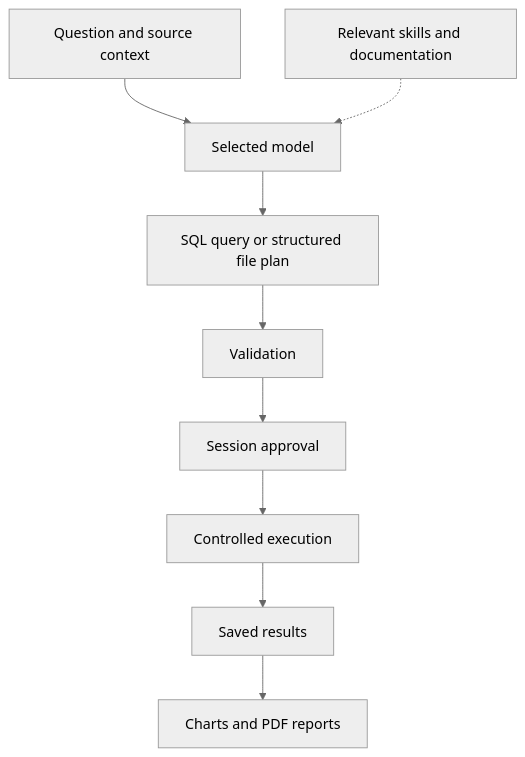
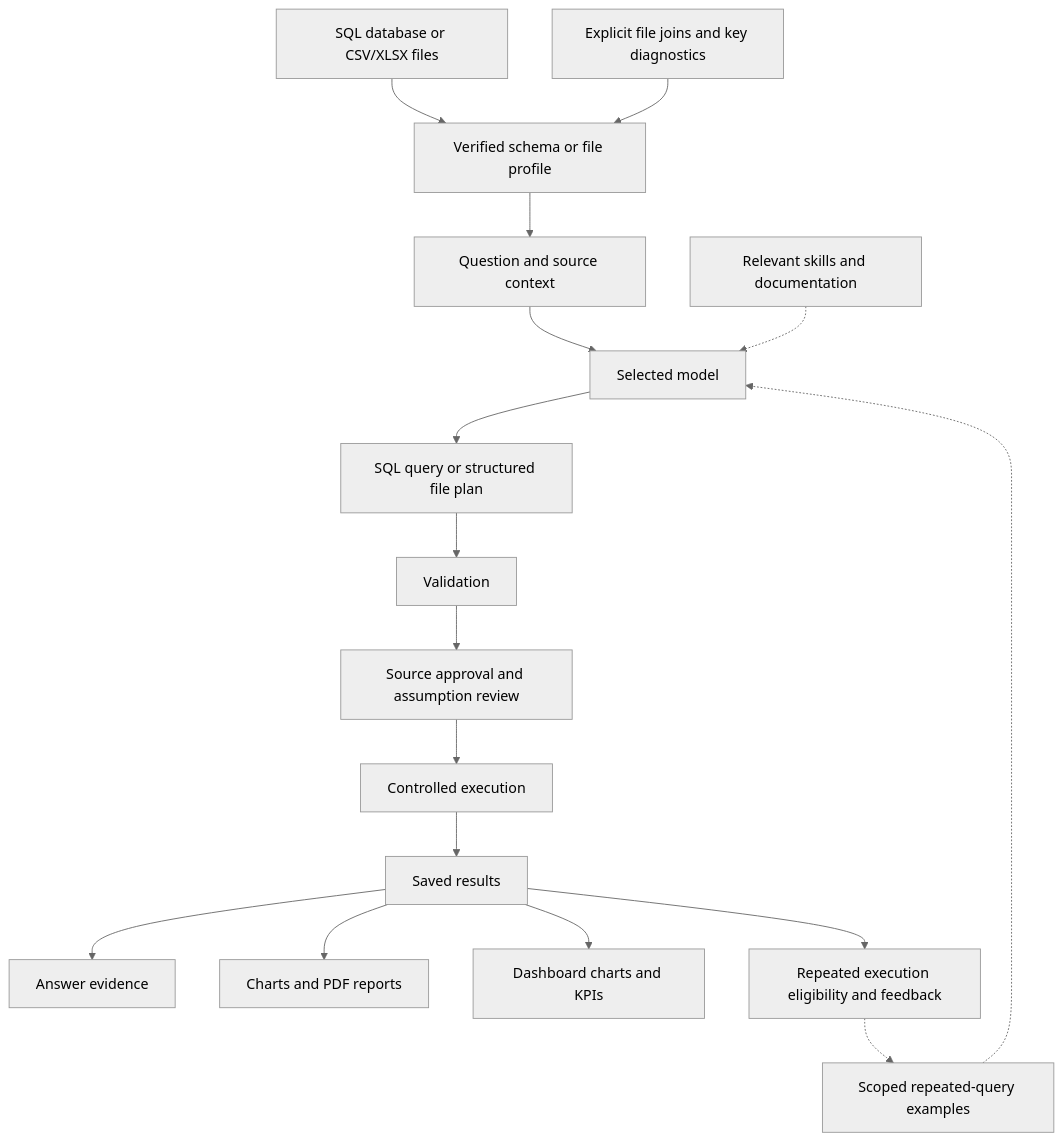
Before and after one commit to AbdullahPoet/DataPilot: the diagram in README.md, drawn with Mermaid (neutral theme). The commit also changed other lines of this file, not shown here.

Commit message:
docs(readme): document joined analysis dashboards and query learning

````diff
--- a/README.md
+++ b/README.md
@@ -191,11 +237,19 @@
 ```mermaid
 flowchart TD
-    A[Question and source context] --> B[Selected model]
+    S[SQL database or CSV/XLSX files] --> P[Verified schema or file profile]
+    J[Explicit file joins and key diagnostics] --> P
+    P --> A[Question and source context]
+    A --> B[Selected model]
     C[Relevant skills and documentation] -.-> B
+    L[Scoped repeated-query examples] -.-> B
     B --> D[SQL query or structured file plan]
     D --> E[Validation]
-    E --> F[Session approval]
+    E --> F[Source approval and assumption review]
     F --> G[Controlled execution]
     G --> H[Saved results]
+    H --> V[Answer evidence]
     H --> I[Charts and PDF reports]
+    H --> K[Dashboard charts and KPIs]
+    H --> R[Repeated execution eligibility and feedback]
+    R -.-> L
 ```
````
